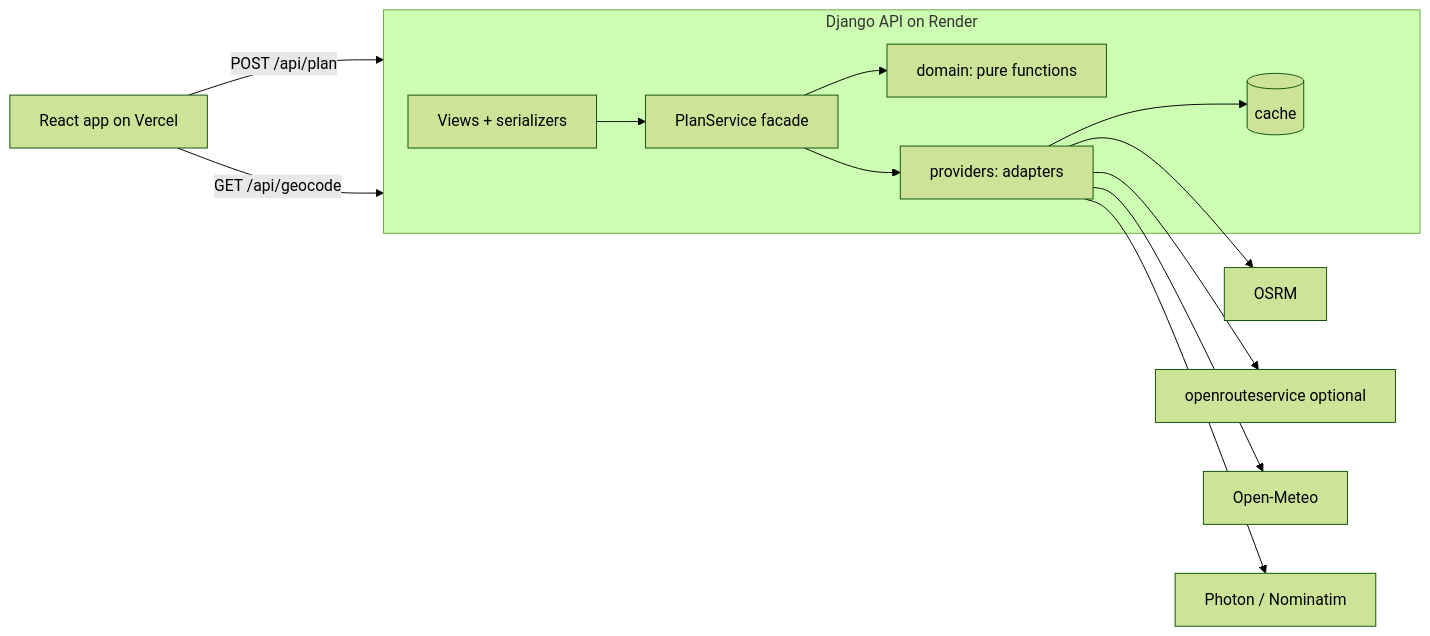
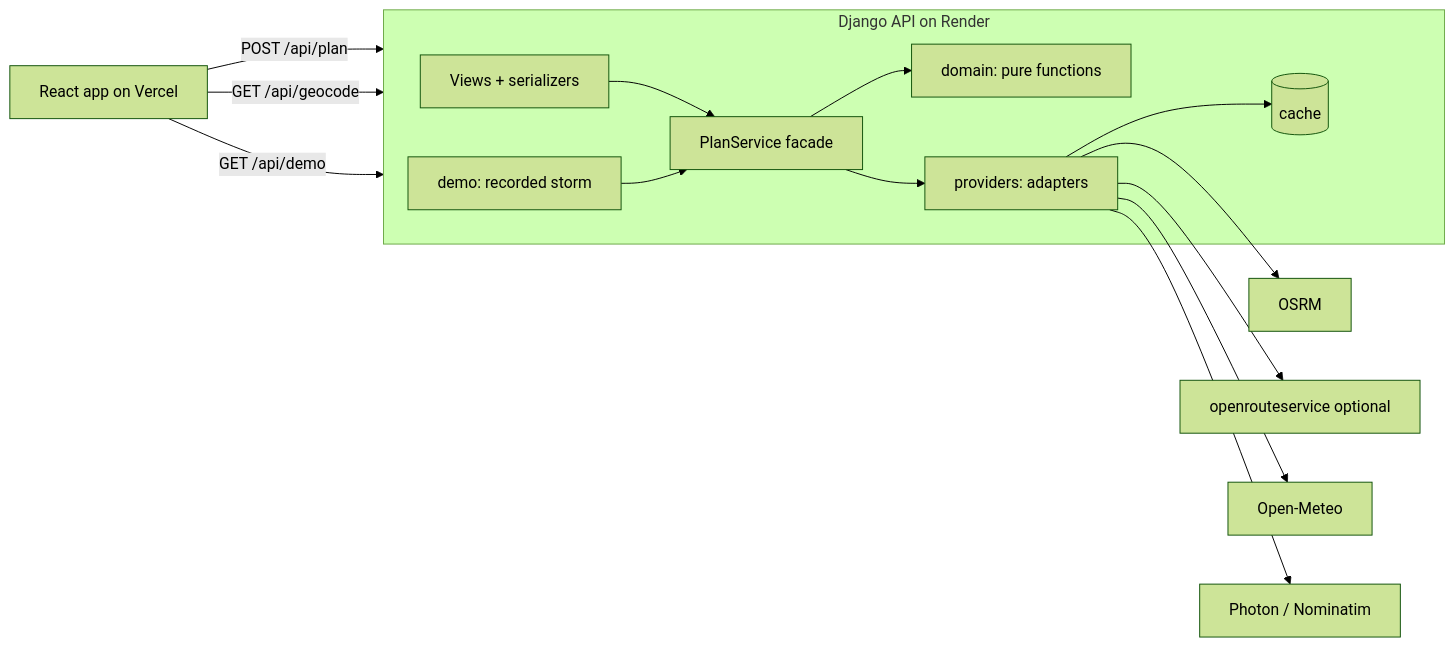
Before and after one commit to syntrydy/truck-routing: the diagram in README.md, drawn with Mermaid (forest theme). The commit also changed other lines of this file and 4 other files, not shown here.

````diff
--- a/README.md
+++ b/README.md
@@ -61,15 +63,17 @@
 ```mermaid
 flowchart LR
   UI[React app on Vercel] -- POST /api/plan --> API
   UI -- GET /api/geocode --> API
+  UI -- GET /api/demo --> API
   subgraph API[Django API on Render]
     V[Views + serializers] --> S[PlanService facade]
     S --> D[domain: pure functions]
     S --> P[providers: adapters]
+    DEMO[demo: recorded storm] --> S
     P --> C[(cache)]
   end
   P --> OSRM
   P --> ORS[openrouteservice optional]
   P --> OM[Open-Meteo]
   P --> PH[Photon / Nominatim]
 ```
````
